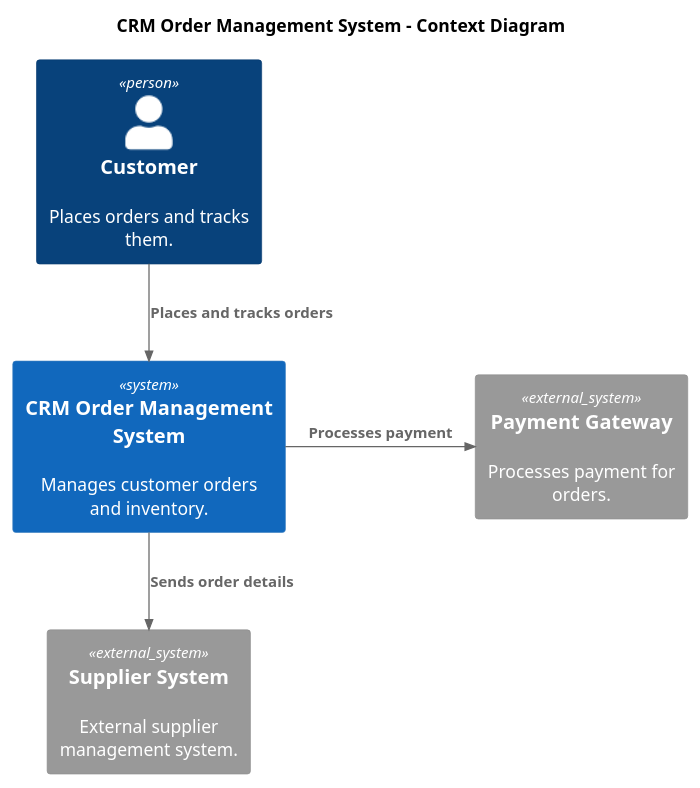
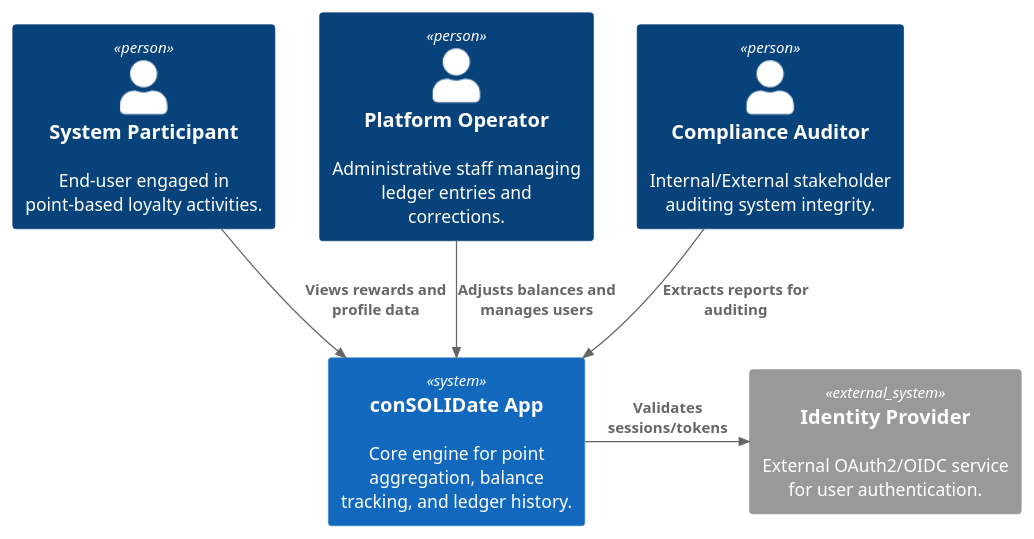
Before and after one commit to practical-architectural-patterns/con-solid-ate: the diagram in docs/C1.puml, drawn with PlantUML. The commit also changed 1 other file, not shown here.

Commit message:
add c1, c2 diagram

```diff
--- a/docs/C1.puml
+++ b/docs/C1.puml
@@ -1,15 +1,19 @@
 @startuml
 !include https://raw.githubusercontent.com/plantuml-stdlib/C4-PlantUML/master/C4_Context.puml
 
-title CRM Order Management System - Context Diagram
+' Layout tweak for a wider profile
 
-Person(customer, "Customer", "Places orders and tracks them.")
-System_Ext(paymentGateway, "Payment Gateway", "Processes payment for orders.")
-System_Ext(supplierSystem, "Supplier System", "External supplier management system.")
-System(CRMSystem, "CRM Order Management System", "Manages customer orders and inventory.")
+Person(user_p, "System Participant", "End-user engaged in point-based loyalty activities.")
+Person(staff_p, "Platform Operator", "Administrative staff managing ledger entries and corrections.")
+Person(audit_p, "Compliance Auditor", "Internal/External stakeholder auditing system integrity.")
 
-Rel_D(customer, CRMSystem, "Places and tracks orders", $tags="sync")
-Rel_R(CRMSystem, paymentGateway, "Processes payment", $tags="sync")
-Rel_D(CRMSystem, supplierSystem, "Sends order details", $tags="sync")
+System(consolidate, "conSOLIDate App", "Core engine for point aggregation, balance tracking, and ledger history.")
 
+System_Ext(auth_provider, "Identity Provider", "External OAuth2/OIDC service for user authentication.")
+
+Rel(user_p, consolidate, "Views rewards and profile data")
+Rel(staff_p, consolidate, "Adjusts balances and manages users")
+Rel(audit_p, consolidate, "Extracts reports for auditing")
+
+Rel_R(consolidate, auth_provider, "Validates sessions/tokens")
 @enduml
```
